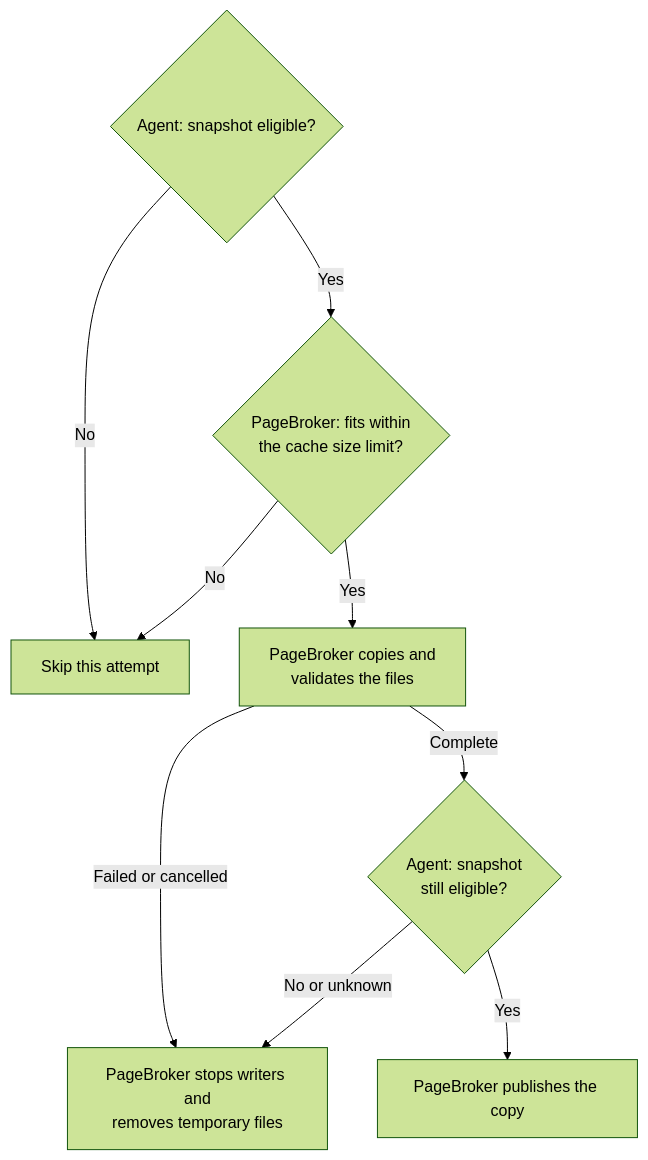
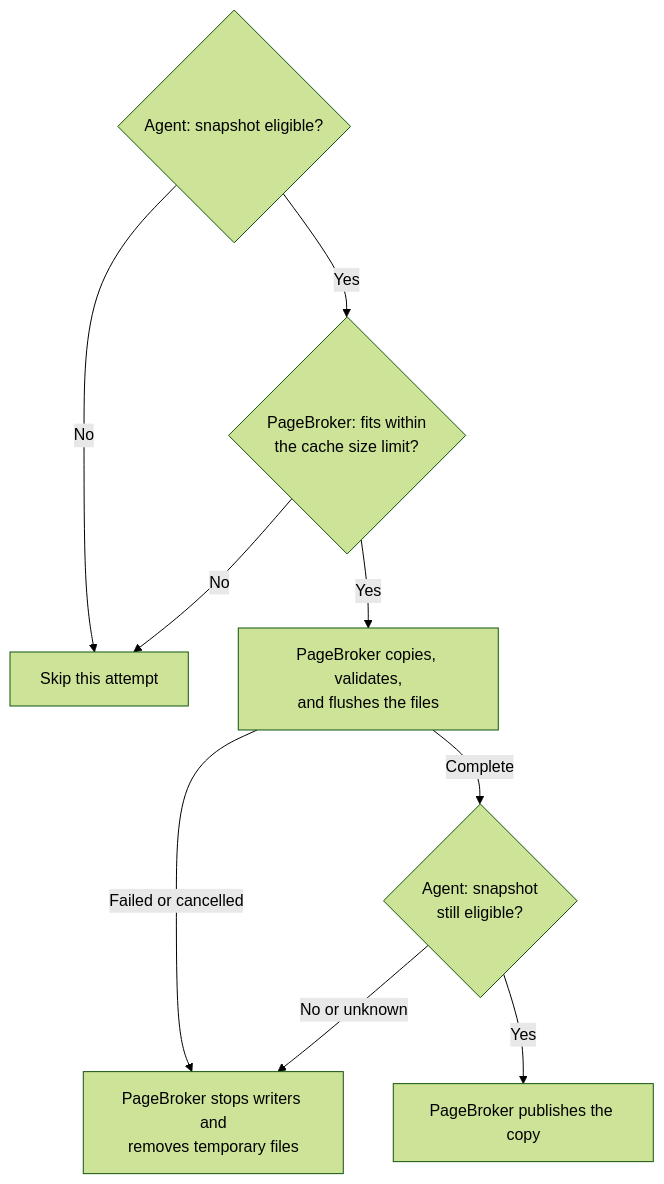
One commit to ai-dynamo/snapshot changed the second of 3 diagrams in docs/design/644-node-cache/README.md. Above: the diagram before and after it, drawn with Mermaid (forest theme). The commit also changed other lines of this file, not shown here.

````diff
--- a/docs/design/644-node-cache/README.md
+++ b/docs/design/644-node-cache/README.md
@@ -324,11 +327,11 @@
 ```mermaid
 flowchart TD
     A{"Agent: snapshot eligible?"} -->|No| S["Skip this attempt"]
     A -->|Yes| B{"PageBroker: fits within<br/>the cache size limit?"}
     B -->|No| S
-    B -->|Yes| C["PageBroker copies and<br/>validates the files"]
+    B -->|Yes| C["PageBroker copies, validates,<br/>and flushes the files"]
     C -->|Failed or cancelled| X["PageBroker stops writers and<br/>removes temporary files"]
     C -->|Complete| D{"Agent: snapshot<br/>still eligible?"}
     D -->|No or unknown| X
     D -->|Yes| P["PageBroker publishes the copy"]
 ```
````
